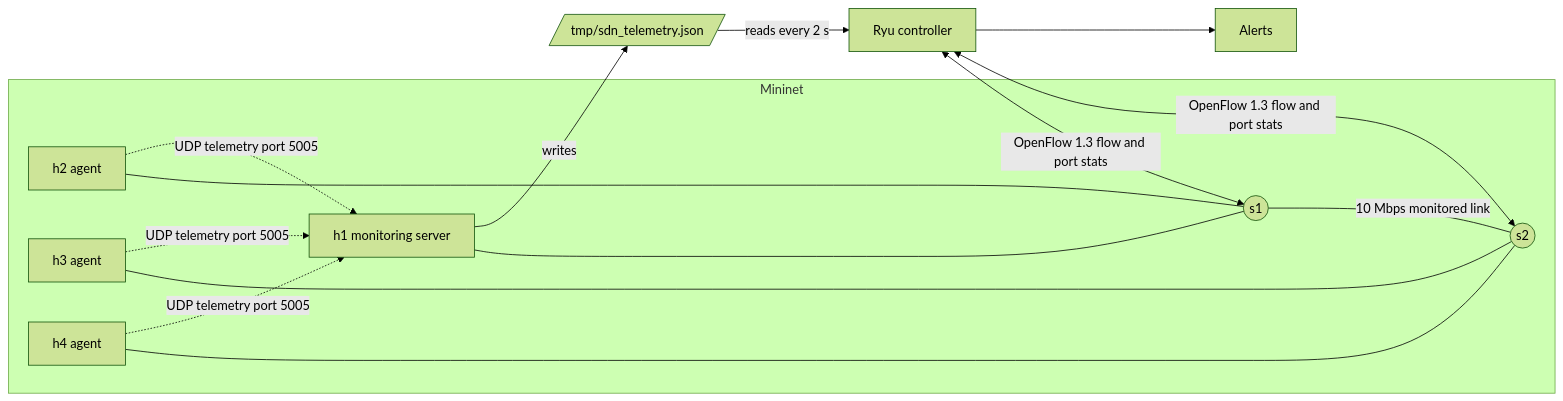
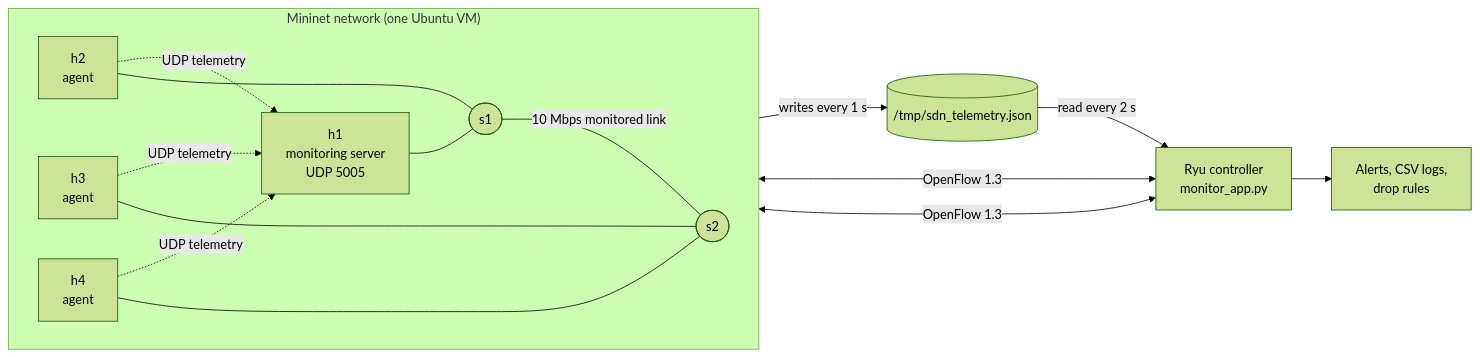
Before and after one commit to aaditiyan33/sdn-network-monitor: the diagram in README.md, drawn with Mermaid (forest theme). The commit also changed other lines of this file, not shown here.

````diff
--- a/README.md
+++ b/README.md
@@ -67,18 +32,27 @@
 ```mermaid
 flowchart LR
-    subgraph Mininet
-        h2[h2 agent] --- s1((s1))
-        h1[h1 monitoring server] --- s1
-        h3[h3 agent] --- s2((s2))
-        h4[h4 agent] --- s2
-        s1 ---|10 Mbps monitored link| s2
+    subgraph MN["Mininet network (one Ubuntu VM)"]
+        direction LR
+        h1["h1<br/>monitoring server<br/>UDP 5005"]
+        h2["h2<br/>agent"]
+        h3["h3<br/>agent"]
+        h4["h4<br/>agent"]
+        s1(["s1"])
+        s2(["s2"])
+        h1 --- s1
+        h2 --- s1
+        h3 --- s2
+        h4 --- s2
+        s1 ---|"10 Mbps monitored link"| s2
     end
-    h2 -. UDP telemetry port 5005 .-> h1
-    h3 -. UDP telemetry port 5005 .-> h1
-    h4 -. UDP telemetry port 5005 .-> h1
-    h1 -- writes --> F[/tmp/sdn_telemetry.json/]
-    F -- reads every 2 s --> C[Ryu controller]
-    C <-- OpenFlow 1.3 flow and port stats --> s1
-    C <-- OpenFlow 1.3 flow and port stats --> s2
-    C --> A[Alerts]
+    F[("/tmp/sdn_telemetry.json")]
+    C["Ryu controller<br/>monitor_app.py"]
+    h2 -.->|"UDP telemetry"| h1
+    h3 -.->|"UDP telemetry"| h1
+    h4 -.->|"UDP telemetry"| h1
+    h1 -->|"writes every 1 s"| F
+    F -->|"read every 2 s"| C
+    C <-->|"OpenFlow 1.3"| s1
+    C <-->|"OpenFlow 1.3"| s2
+    C --> A["Alerts, CSV logs,<br/>drop rules"]
 ```
````
